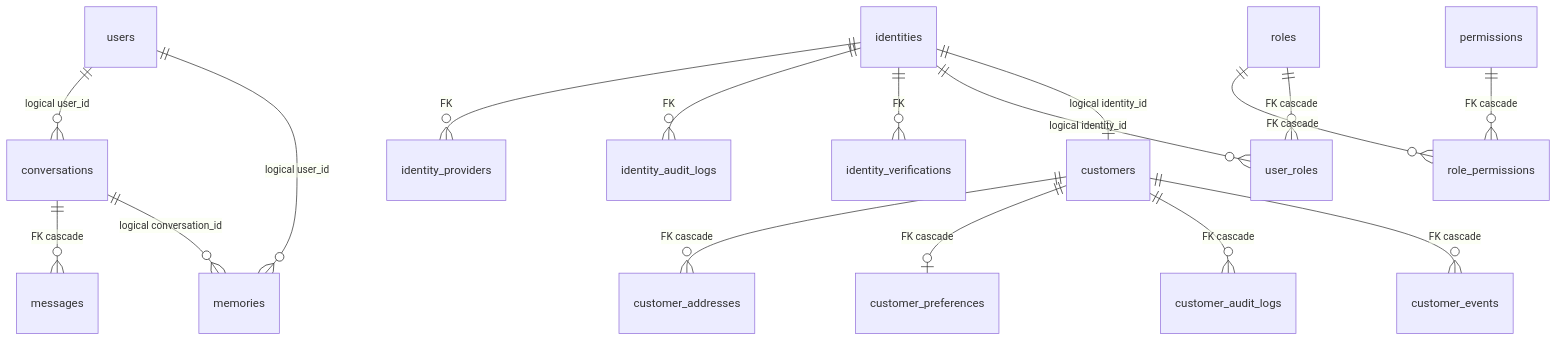
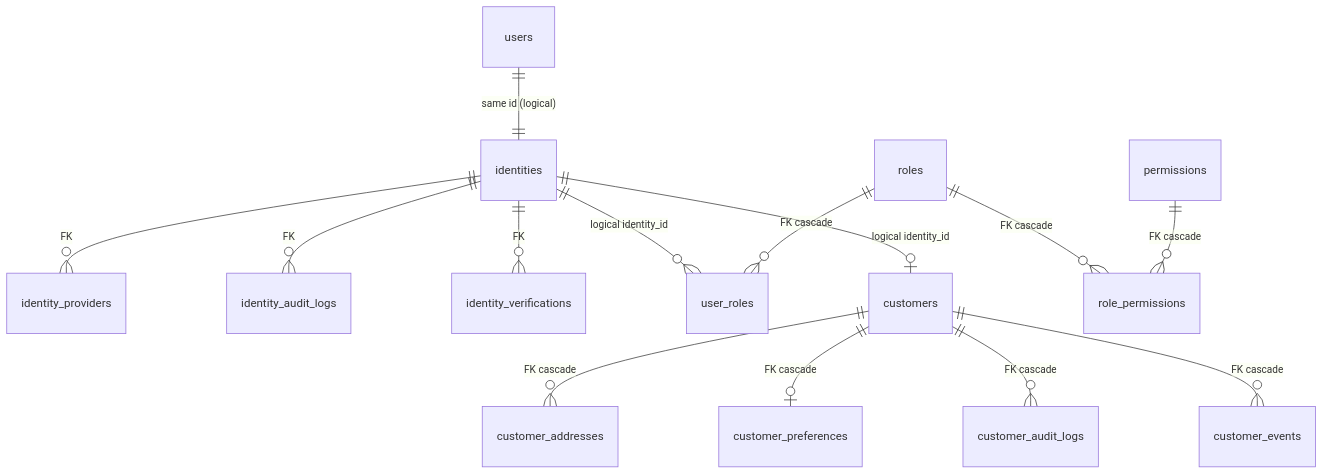
The second of 4 diagrams in services/README.md (master-node1/the-aura-lab), drawn with Mermaid before and after one commit. The commit also changed other lines of this file and 118 other files, not shown here.

````diff
--- a/services/README.md
+++ b/services/README.md
@@ -119,22 +93,18 @@
 ```mermaid
 erDiagram
-    users ||--o{ conversations : "logical user_id"
-    users ||--o{ memories : "logical user_id"
-    conversations ||--o{ messages : "FK cascade"
-    conversations ||--o{ memories : "logical conversation_id"
-
+    users ||--|| identities : "same id (logical)"
     identities ||--o{ identity_providers : FK
     identities ||--o{ identity_audit_logs : FK
     identities ||--o{ identity_verifications : FK
     identities ||--o{ user_roles : "logical identity_id"
     identities ||--o| customers : "logical identity_id"
 
     roles ||--o{ role_permissions : "FK cascade"
     permissions ||--o{ role_permissions : "FK cascade"
     roles ||--o{ user_roles : "FK cascade"
 
     customers ||--o{ customer_addresses : "FK cascade"
     customers ||--o| customer_preferences : "FK cascade"
     customers ||--o{ customer_audit_logs : "FK cascade"
     customers ||--o{ customer_events : "FK cascade"
 ```
````
